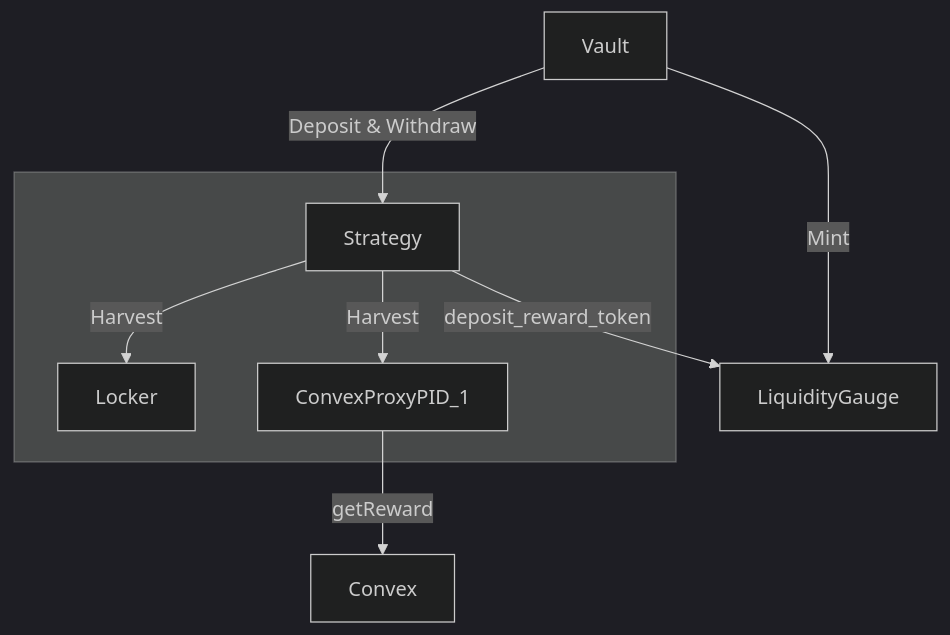
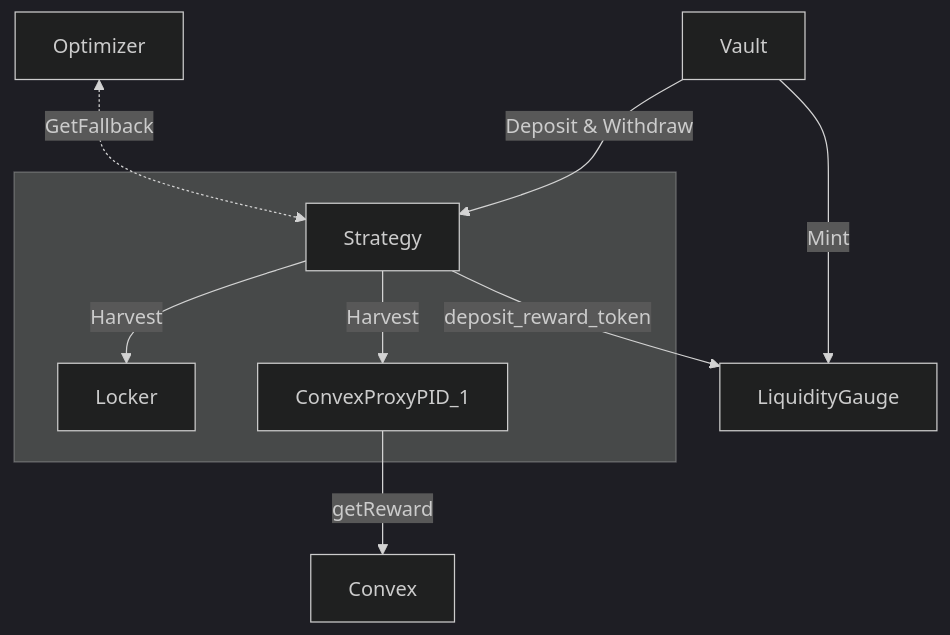
One commit to stake-dao/only-boost changed the second of 2 diagrams in README.md. Above: the diagram before and after it, drawn with Mermaid (dark theme).

Commit message:
chore: add optimizer get fallback to harvest flow

````diff
--- a/README.md
+++ b/README.md
@@ -54,15 +54,16 @@
 ```mermaid
 
 graph TD
     Vault -->|Deposit & Withdraw| Strategy
     Vault -->|Mint| LiquidityGauge
+    Optimizer <.->|GetFallback| Strategy
 
     subgraph OnlyBoost[ ]
     Strategy -->|Harvest| Locker
     Strategy -->|Harvest| ConvexProxyPID_1
     end
 
     ConvexProxyPID_1 -->|getReward| Convex
     Strategy -->|deposit_reward_token| LiquidityGauge
 
 ```
````
